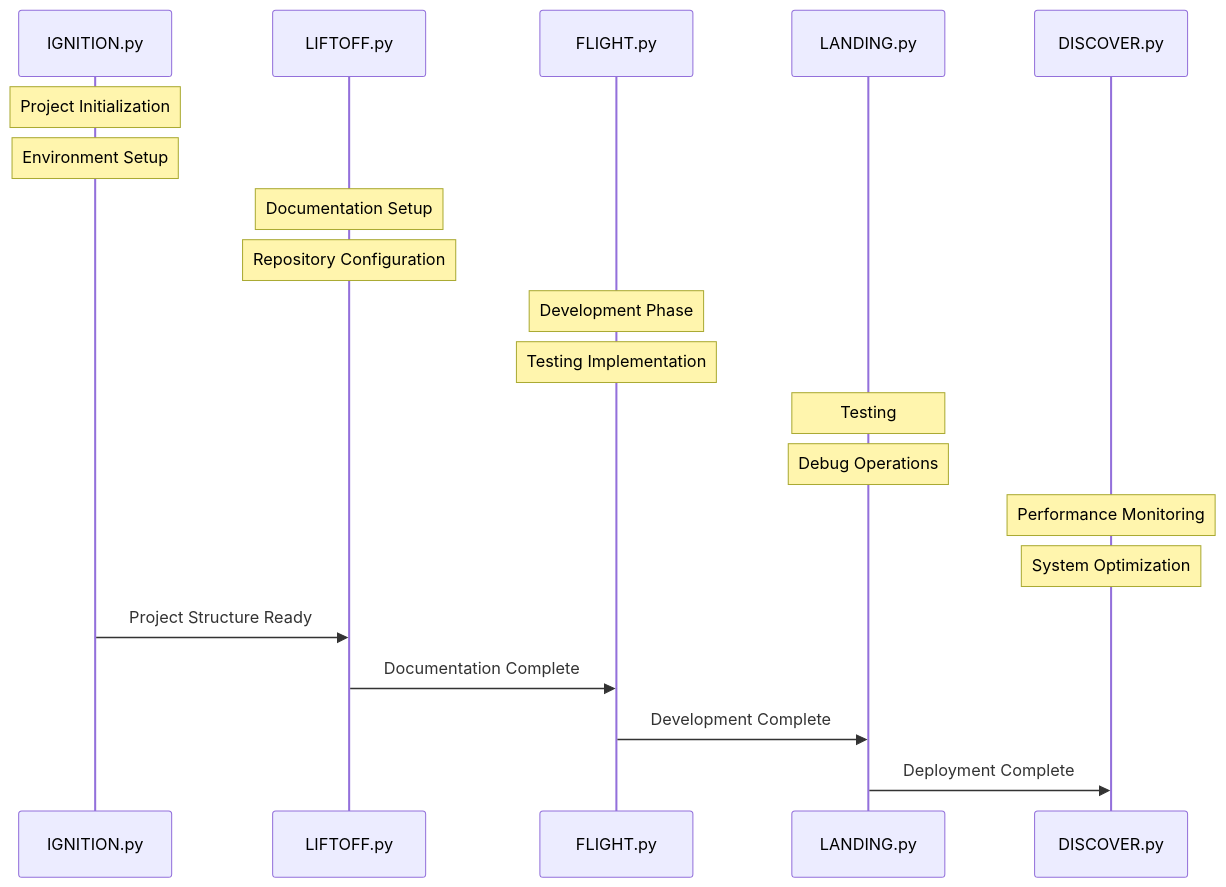
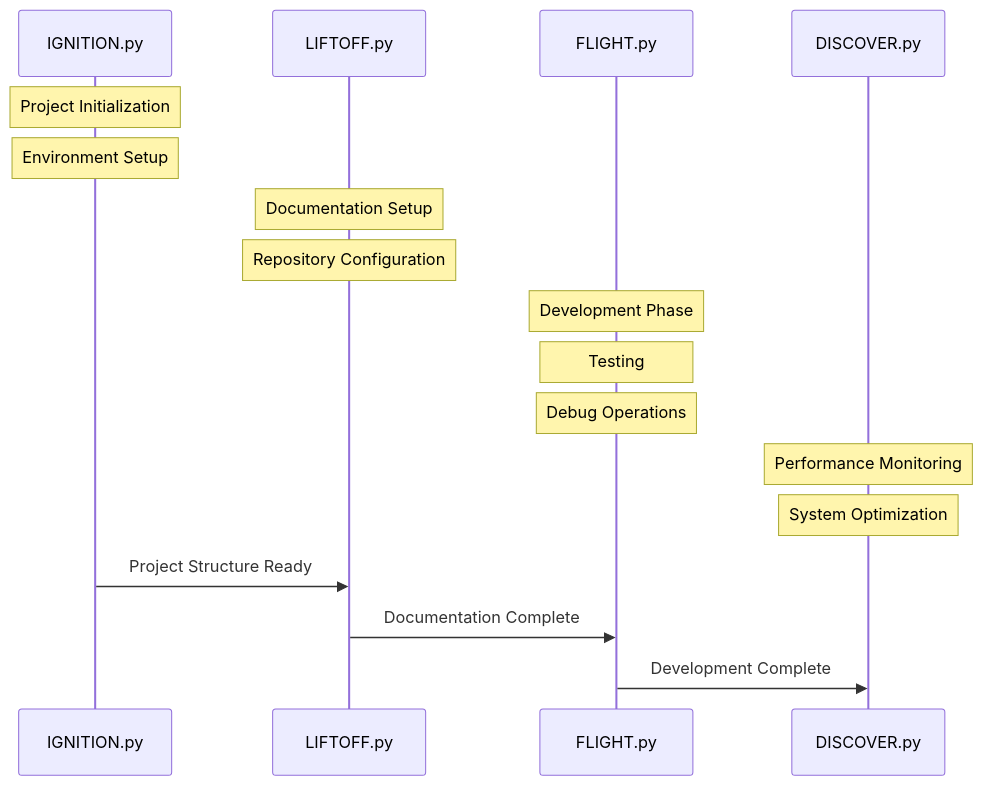
The diagram in django-galaxy-class-protocol.md (starshipagentic/blueprint-django-galaxy-class), drawn with Mermaid before and after one commit. The commit also changed other lines of this file, not shown here.

Commit message:
refactor: Remove LANDING.py and integrate testing into FLIGHT.py

````diff
--- a/django-galaxy-class-protocol.md
+++ b/django-galaxy-class-protocol.md
@@ -5,28 +5,24 @@
 ```mermaid
 sequenceDiagram
     participant I as IGNITION.py
     participant L as LIFTOFF.py
     participant F as FLIGHT.py
-    participant LD as LANDING.py
     participant D as DISCOVER.py
 
     Note over I: Project Initialization
     Note over I: Environment Setup
     
     Note over L: Documentation Setup
     Note over L: Repository Configuration
     
     Note over F: Development Phase
-    Note over F: Testing Implementation
-    
-    Note over LD: Testing
-    Note over LD: Debug Operations
+    Note over F: Testing
+    Note over F: Debug Operations
     
     Note over D: Performance Monitoring
     Note over D: System Optimization
 
     I->>L: Project Structure Ready
     L->>F: Documentation Complete
-    F->>LD: Development Complete
-    LD->>D: Deployment Complete
+    F->>D: Development Complete
 ```
````
